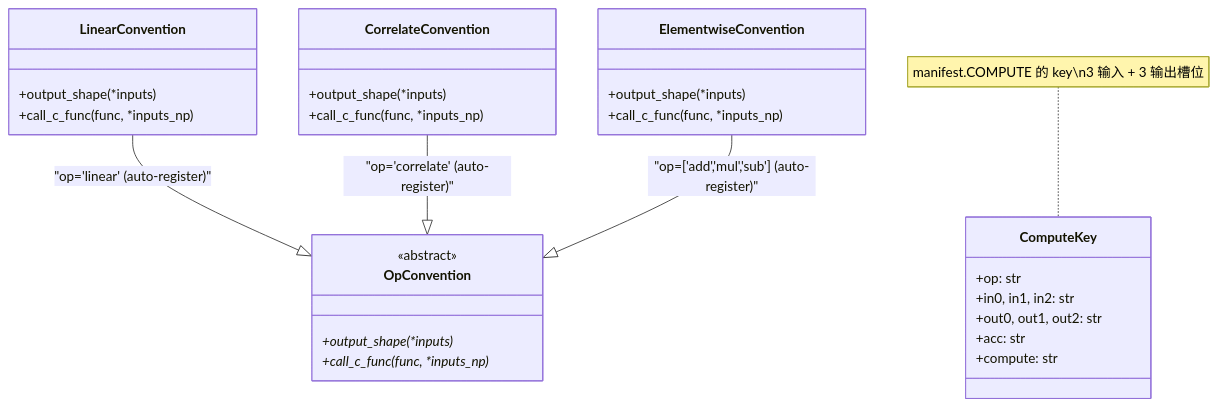
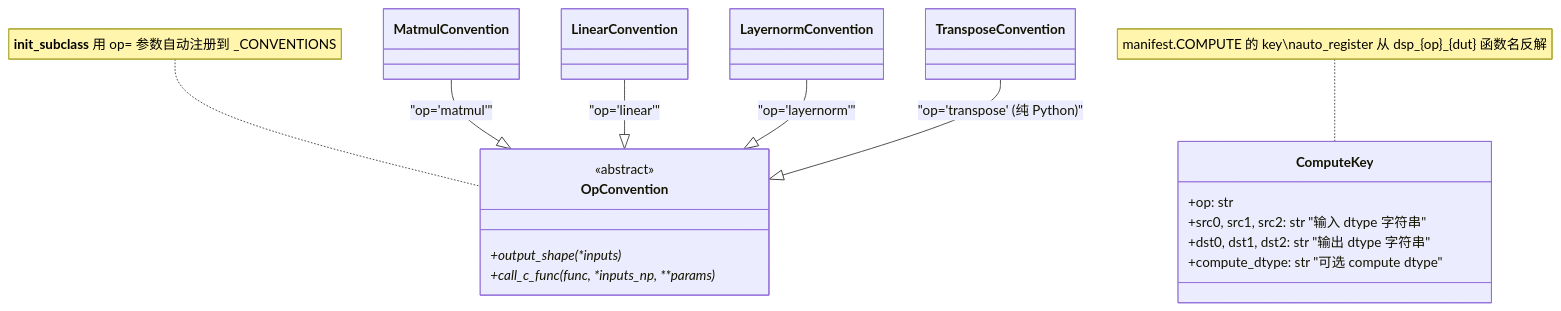
Before and after one commit to xshii/aihelper: the sixth of 10 diagrams in projects/dsp-core/docs/architecture.md, drawn with Mermaid. The commit also changed other lines of this file and 94 other files, not shown here.

````diff
--- a/projects/dsp-core/docs/architecture.md
+++ b/projects/dsp-core/docs/architecture.md
@@ -206,37 +210,28 @@
 ```mermaid
 classDiagram
     class ComputeKey {
         +op: str
-        +in0, in1, in2: str
-        +out0, out1, out2: str
-        +acc: str
-        +compute: str
+        +src0, src1, src2: str  "输入 dtype 字符串"
+        +dst0, dst1, dst2: str  "输出 dtype 字符串"
+        +compute_dtype: str     "可选 compute dtype"
     }
 
     class OpConvention {
         <<abstract>>
         +output_shape(*inputs)*
-        +call_c_func(func, *inputs_np)*
+        +call_c_func(func, *inputs_np, **params)*
     }
 
-    class LinearConvention {
-        +output_shape(*inputs)
-        +call_c_func(func, *inputs_np)
-    }
+    class MatmulConvention
+    class LinearConvention
+    class LayernormConvention
+    class TransposeConvention
 
-    class CorrelateConvention {
-        +output_shape(*inputs)
-        +call_c_func(func, *inputs_np)
-    }
+    MatmulConvention --|> OpConvention : "op='matmul'"
+    LinearConvention --|> OpConvention : "op='linear'"
+    LayernormConvention --|> OpConvention : "op='layernorm'"
+    TransposeConvention --|> OpConvention : "op='transpose' (纯 Python)"
 
-    class ElementwiseConvention {
-        +output_shape(*inputs)
-        +call_c_func(func, *inputs_np)
-    }
-
-    LinearConvention --|> OpConvention : "op='linear' (auto-register)"
-    CorrelateConvention --|> OpConvention : "op='correlate' (auto-register)"
-    ElementwiseConvention --|> OpConvention : "op=['add','mul','sub'] (auto-register)"
-
-    note for ComputeKey "manifest.COMPUTE 的 key\n3 输入 + 3 输出槽位"
+    note for OpConvention "__init_subclass__ 用 op= 参数自动注册到 _CONVENTIONS"
+    note for ComputeKey "manifest.COMPUTE 的 key\nauto_register 从 dsp_{op}_{dut} 函数名反解"
 ```
````
